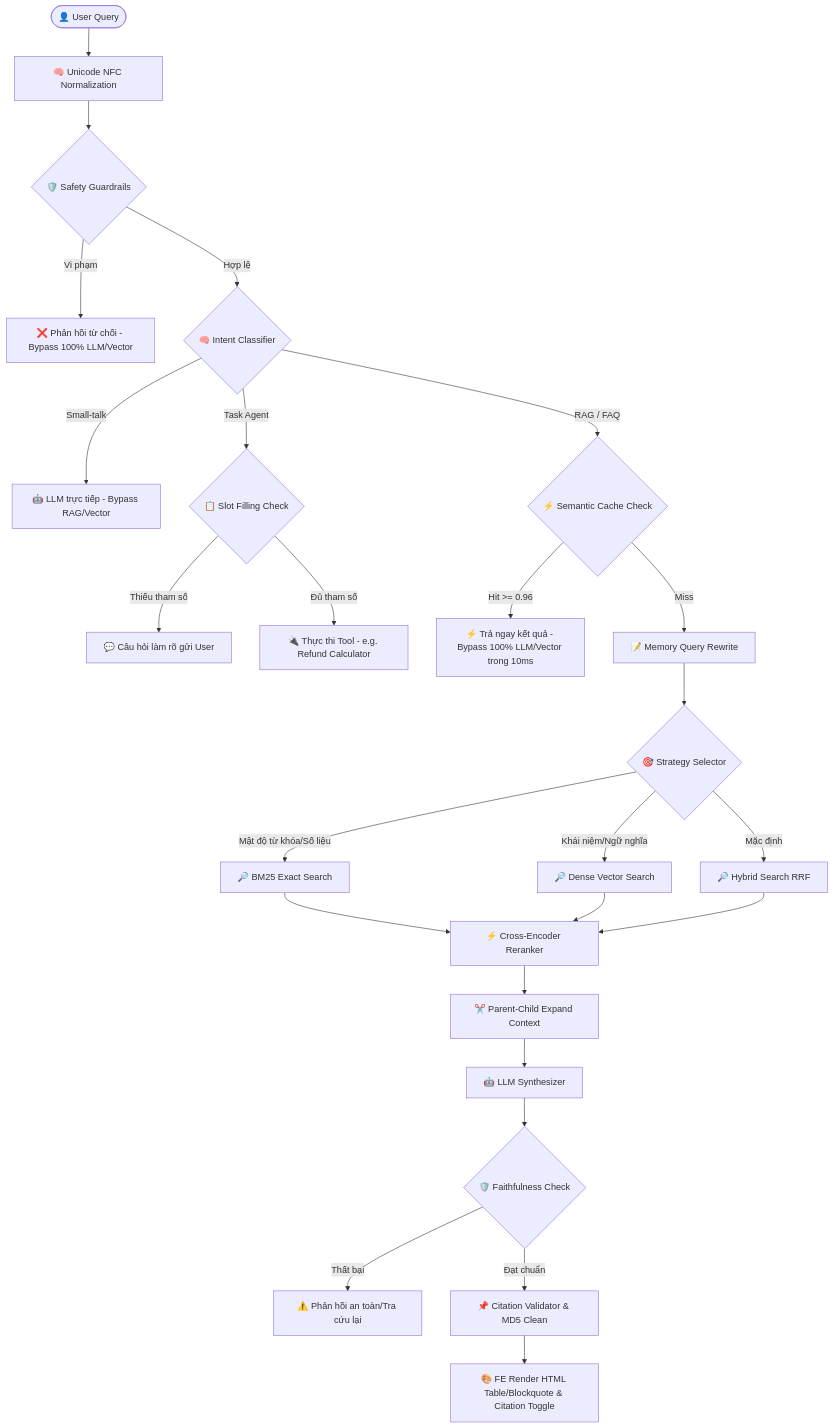
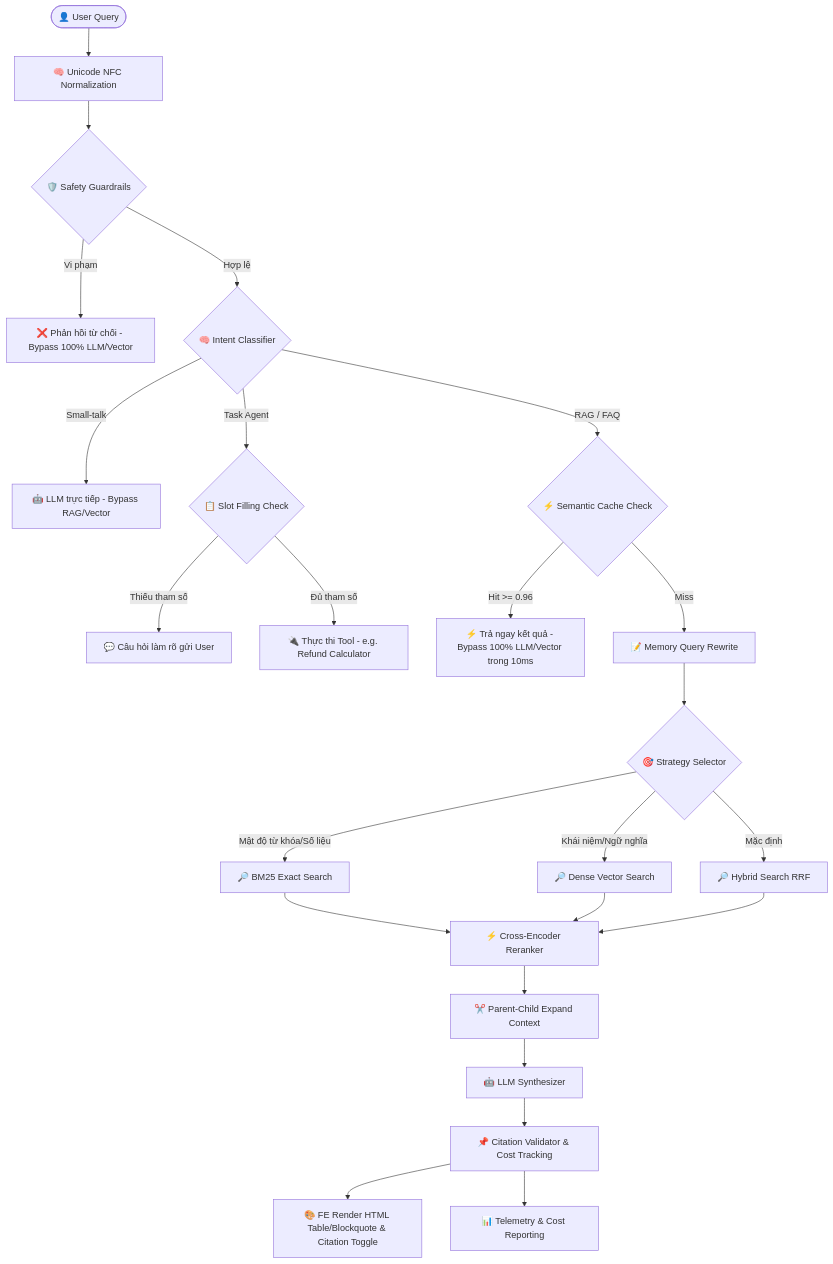
The diagram in README.md (dungltcn272/XANH_SM_AI_ASSISTANT_V1), drawn with Mermaid before and after one commit. The commit also changed other lines of this file and 3 other files, not shown here.

````diff
--- a/README.md
+++ b/README.md
@@ -82,42 +82,40 @@
 ```mermaid
 flowchart TD
     User([👤 User Query]) --> NFC[🧠 Unicode NFC Normalization]
     NFC --> Safety{🛡️ Safety Guardrails}
     
     %% Bypass luồng nhạy cảm
     Safety -- Vi phạm --> Chặn[❌ Phản hồi từ chối - Bypass 100% LLM/Vector]
     
     %% Phân loại ý định
     Safety -- Hợp lệ --> Intent{🧠 Intent Classifier}
     
     Intent -- Small-talk --> LLMDirect[🤖 LLM trực tiếp - Bypass RAG/Vector]
     Intent -- Task Agent --> Slots{📋 Slot Filling Check}
     Intent -- RAG / FAQ --> Cache{⚡ Semantic Cache Check}
     
     %% Nhánh Task Agent
     Slots -- Thiếu tham số --> Clarify[💬 Câu hỏi làm rõ gửi User]
     Slots -- Đủ tham số --> Tool[🔌 Thực thi Tool - e.g. Refund Calculator]
     
     %% Nhánh Cache
     Cache -- Hit >= 0.96 --> TrảCache[⚡ Trả ngay kết quả - Bypass 100% LLM/Vector trong 10ms]
     Cache -- Miss --> Rewrite[📝 Memory Query Rewrite]
     
     %% Nhánh RAG chính
     Rewrite --> Select{🎯 Strategy Selector}
     Select -- Mật độ từ khóa/Số liệu --> BM25[🔎 BM25 Exact Search]
     Select -- Khái niệm/Ngữ nghĩa --> Dense[🔎 Dense Vector Search]
     Select -- Mặc định --> Hybrid[🔎 Hybrid Search RRF]
     
     BM25 --> Rerank[⚡ Cross-Encoder Reranker]
     Dense --> Rerank
     Hybrid --> Rerank
     
     Rerank --> PC[✂️ Parent-Child Expand Context]
     PC --> LLM[🤖 LLM Synthesizer]
-    LLM --> Faith{🛡️ Faithfulness Check}
-    
-    Faith -- Thất bại --> Fallback[⚠️ Phản hồi an toàn/Tra cứu lại]
-    Faith -- Đạt chuẩn --> Validator[📌 Citation Validator & MD5 Clean]
+    LLM --> Validator[📌 Citation Validator & Cost Tracking]
     
     Validator --> Render[🎨 FE Render HTML Table/Blockquote & Citation Toggle]
+    Validator --> Obs[📊 Telemetry & Cost Reporting]
 ```
````
